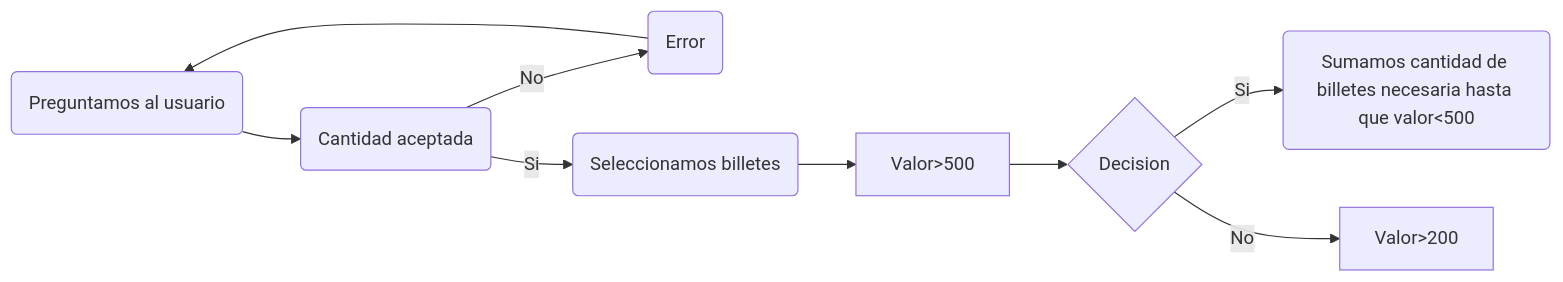
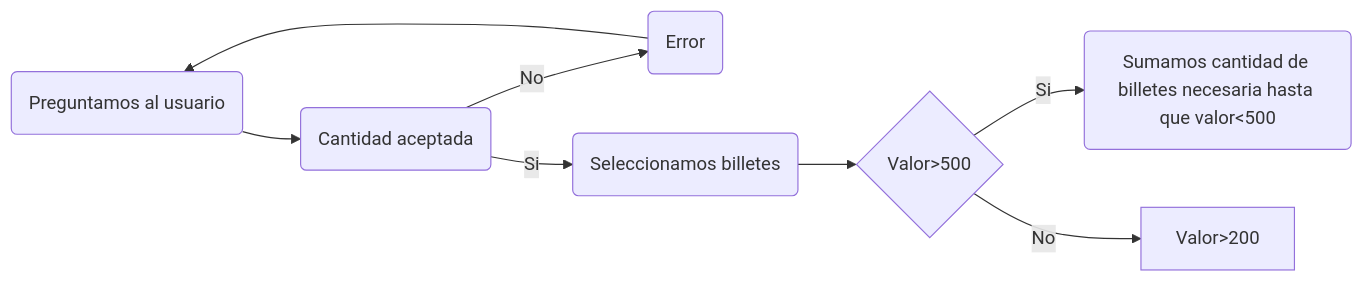
One commit to PachecoASIR/Diagramas changed the first of 2 diagrams in README.md. Above: the diagram before and after it, drawn with Mermaid.

````diff
--- a/README.md
+++ b/README.md
@@ -9,11 +9,10 @@
 ```mermaid
 flowchart LR
     A(Preguntamos al usuario) -->B(Cantidad aceptada)
     B -->|No| C(Error)
     B -->|Si| D(Seleccionamos billetes)
     C --> A
-    D --> E[Valor>500]
-    E --> F{Decision}
-    F -->|Si| G(Sumamos cantidad de billetes necesaria hasta que valor<500)
-    F --> |No| H[Valor>200]
+    D --> E{Valor>500}
+    E -->|Si| F(Sumamos cantidad de billetes necesaria hasta que valor<500)
+    E -->|No| G[Valor>200]
 ```
````
